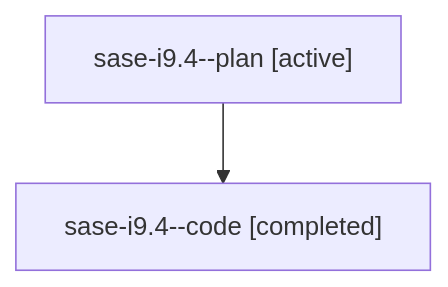
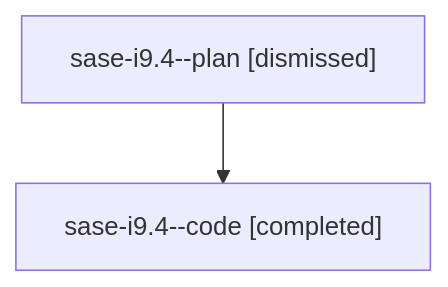
One commit to sase-org/sase--agents changed the diagram in sessions/bbugyi200.athena.sase-i9.4.md. Above: the diagram before and after it, drawn with Mermaid. The commit also changed other lines of this file and 60 other files, not shown here.

````diff
--- a/sessions/bbugyi200.athena.sase-i9.4.md
+++ b/sessions/bbugyi200.athena.sase-i9.4.md
@@ -9,6 +9,6 @@
 ```mermaid
 flowchart TD
-  n0["sase-i9.4--plan [active]"]
+  n0["sase-i9.4--plan [dismissed]"]
   n1["sase-i9.4--code [completed]"]
   n0 --> n1
 ```
````
